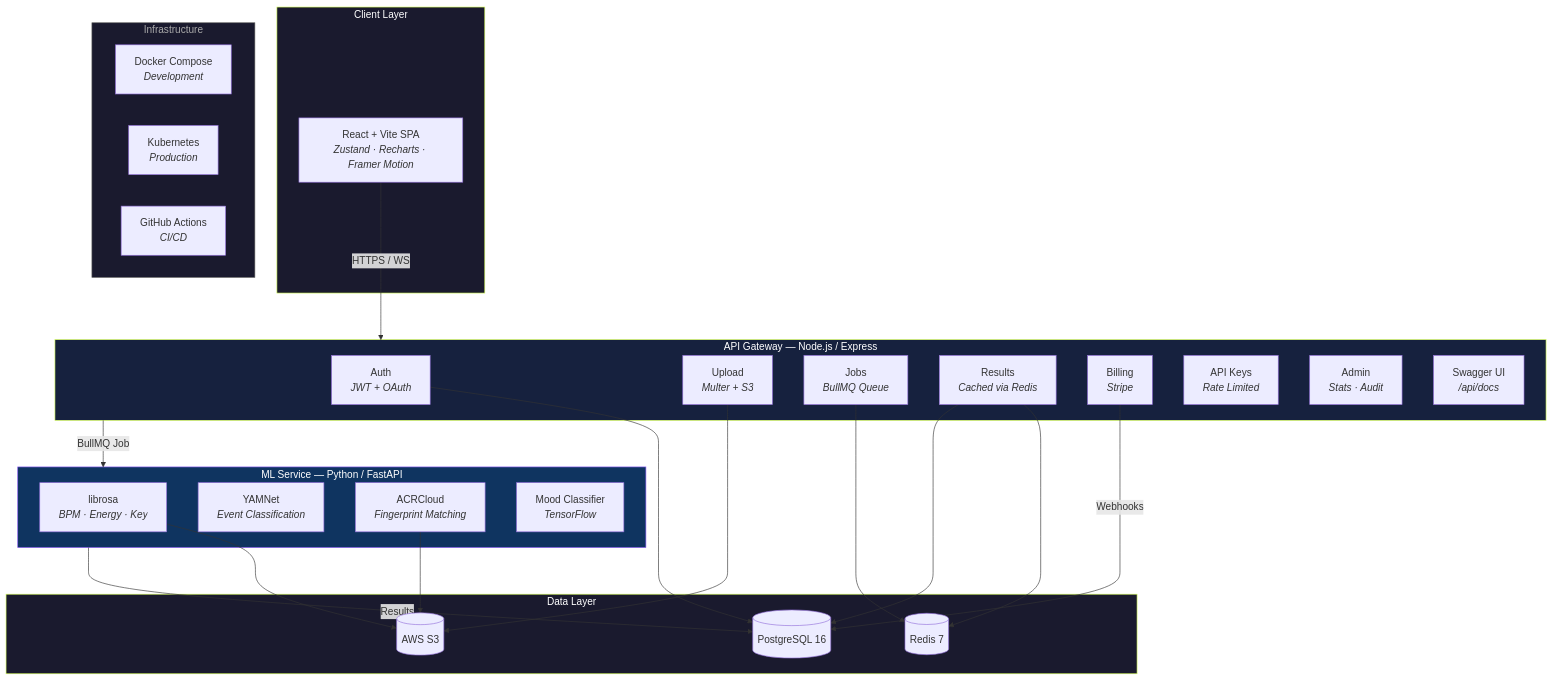
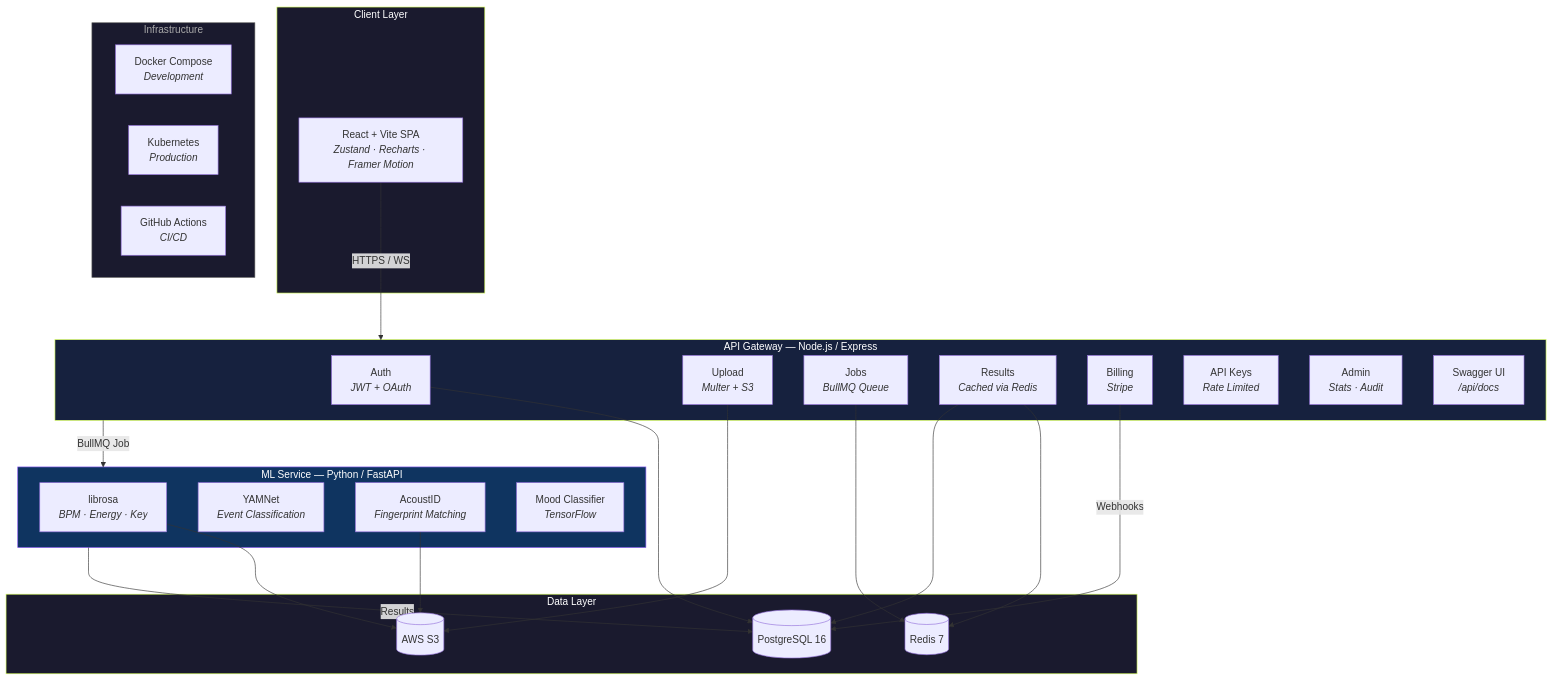
The diagram in README.md (aayush2724/Beatzy), drawn with Mermaid before and after one commit. The commit also changed other lines of this file and 23 other files, not shown here.

````diff
--- a/README.md
+++ b/README.md
@@ -58,56 +68,56 @@
 ```mermaid
 graph TB
     subgraph CLIENT["Client Layer"]
         FE["React + Vite SPA<br/><i>Zustand · Recharts · Framer Motion</i>"]
     end
 
     subgraph API["API Gateway — Node.js / Express"]
         AUTH["Auth<br/><i>JWT + OAuth</i>"]
         UPLOAD["Upload<br/><i>Multer + S3</i>"]
         JOBS["Jobs<br/><i>BullMQ Queue</i>"]
         RESULTS["Results<br/><i>Cached via Redis</i>"]
         BILLING["Billing<br/><i>Stripe</i>"]
         KEYS["API Keys<br/><i>Rate Limited</i>"]
         ADMIN["Admin<br/><i>Stats · Audit</i>"]
         SWAGGER["Swagger UI<br/><i>/api/docs</i>"]
     end
 
     subgraph ML["ML Service — Python / FastAPI"]
         LIBROSA["librosa<br/><i>BPM · Energy · Key</i>"]
         YAMNET["YAMNet<br/><i>Event Classification</i>"]
-        ACR["ACRCloud<br/><i>Fingerprint Matching</i>"]
+        ACOUSTID["AcoustID<br/><i>Fingerprint Matching</i>"]
         MOOD["Mood Classifier<br/><i>TensorFlow</i>"]
     end
 
     subgraph DATA["Data Layer"]
         PG[("PostgreSQL 16")]
         REDIS[("Redis 7")]
         S3[("AWS S3")]
     end
 
     subgraph INFRA["Infrastructure"]
         DOCKER["Docker Compose<br/><i>Development</i>"]
         K8S["Kubernetes<br/><i>Production</i>"]
         CI["GitHub Actions<br/><i>CI/CD</i>"]
     end
 
     FE -->|HTTPS / WS| API
     AUTH --> PG
     UPLOAD --> S3
     JOBS --> REDIS
     RESULTS --> REDIS
     RESULTS --> PG
     BILLING -->|Webhooks| PG
 
     API -->|BullMQ Job| ML
     LIBROSA --> S3
-    ACR --> S3
+    ACOUSTID --> S3
 
     ML -->|Results| PG
 
     style CLIENT fill:#1a1a2e,stroke:#D7FF5A,color:#fff
     style API fill:#16213e,stroke:#D7FF5A,color:#fff
     style ML fill:#0f3460,stroke:#8B5CF6,color:#fff
     style DATA fill:#1a1a2e,stroke:#D7FF5A,color:#fff
     style INFRA fill:#1a1a2e,stroke:#555,color:#aaa
 ```
````
